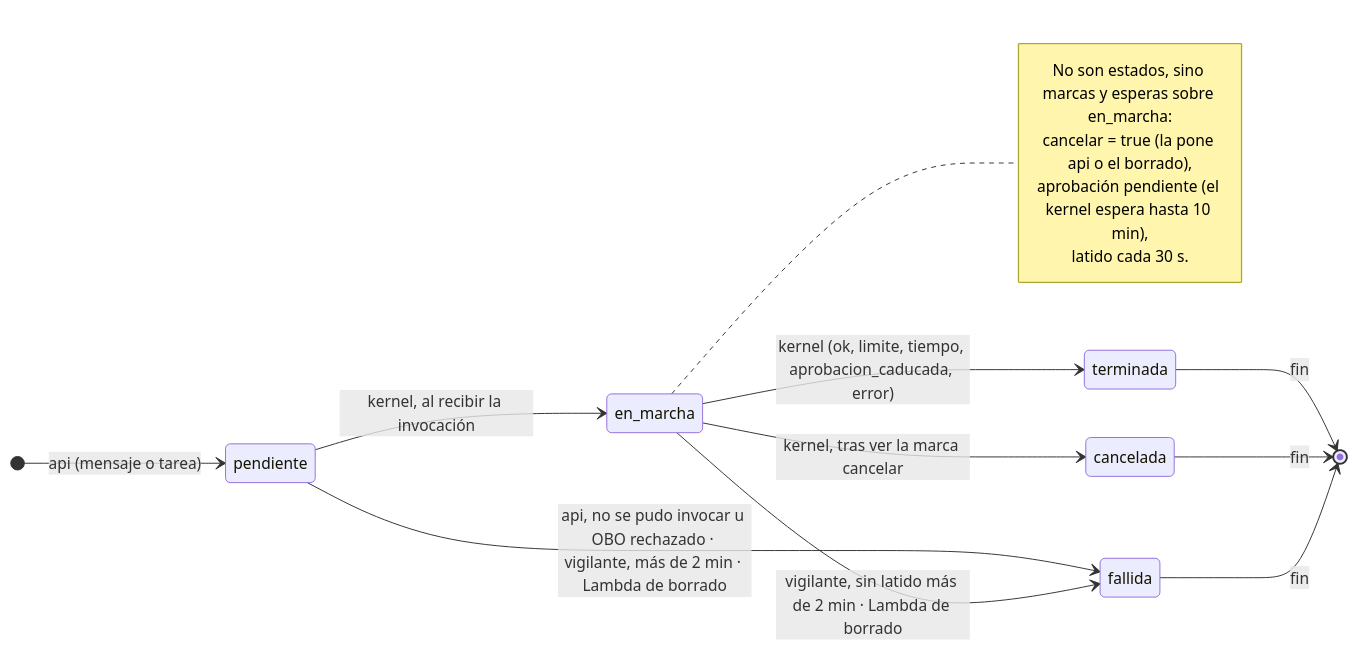
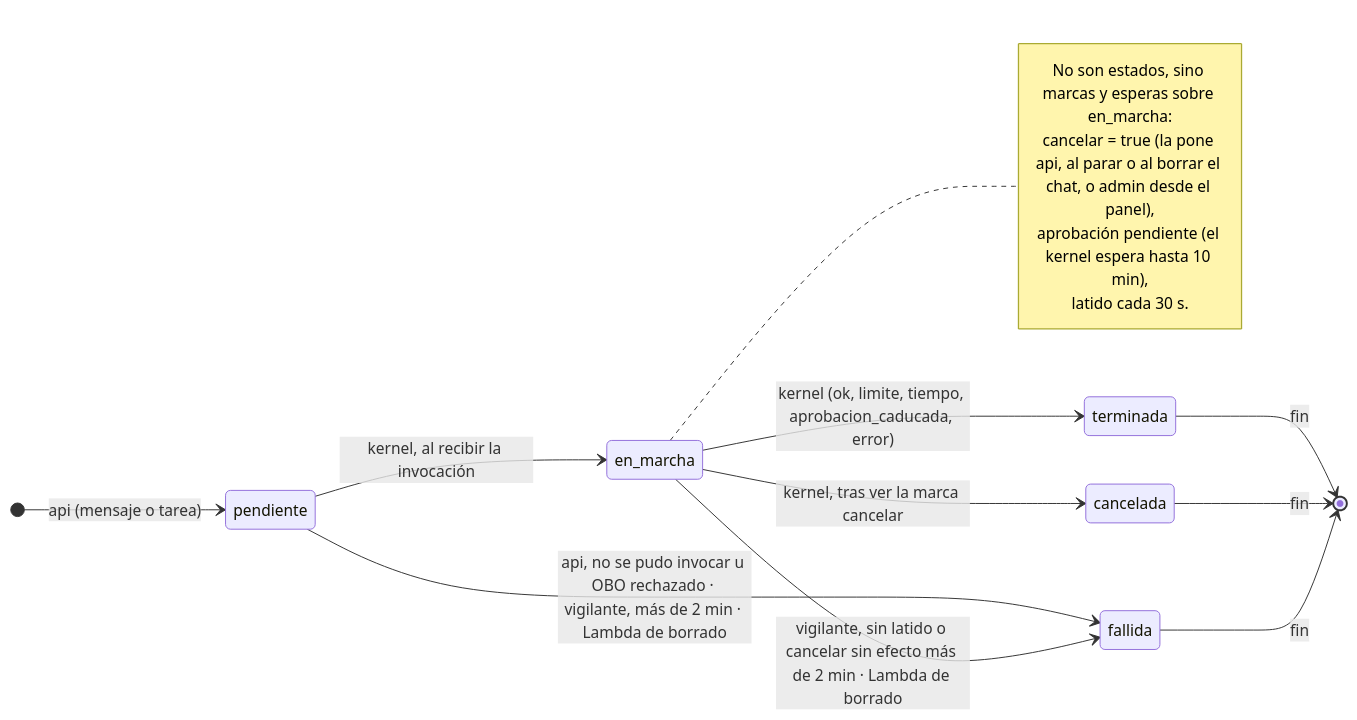
One commit to ikermendi/sample-agent-platform-with-agentcore changed the fourth of 9 diagrams in docs/arquitectura-agentes.md. Above: the diagram before and after it, drawn with Mermaid. The commit also changed other lines of this file, not shown here.

````diff
--- a/docs/arquitectura-agentes.md
+++ b/docs/arquitectura-agentes.md
@@ -577,19 +578,19 @@
 ```mermaid
 stateDiagram-v2
   direction LR
   [*] --> pendiente : api (mensaje o tarea)
   pendiente --> en_marcha : kernel, al recibir la invocación
   pendiente --> fallida : api, no se pudo invocar u OBO rechazado · vigilante, más de 2 min · Lambda de borrado
   en_marcha --> terminada : kernel (ok, limite, tiempo, aprobacion_caducada, error)
   en_marcha --> cancelada : kernel, tras ver la marca cancelar
-  en_marcha --> fallida : vigilante, sin latido más de 2 min · Lambda de borrado
+  en_marcha --> fallida : vigilante, sin latido o cancelar sin efecto más de 2 min · Lambda de borrado
   terminada --> [*] : fin
   cancelada --> [*] : fin
   fallida --> [*] : fin
   note right of en_marcha
     No son estados, sino marcas y esperas sobre en_marcha:
-    cancelar = true (la pone api o el borrado),
+    cancelar = true (la pone api, al parar o al borrar el chat, o admin desde el panel),
     aprobación pendiente (el kernel espera hasta 10 min),
     latido cada 30 s.
   end note
 ```
````
